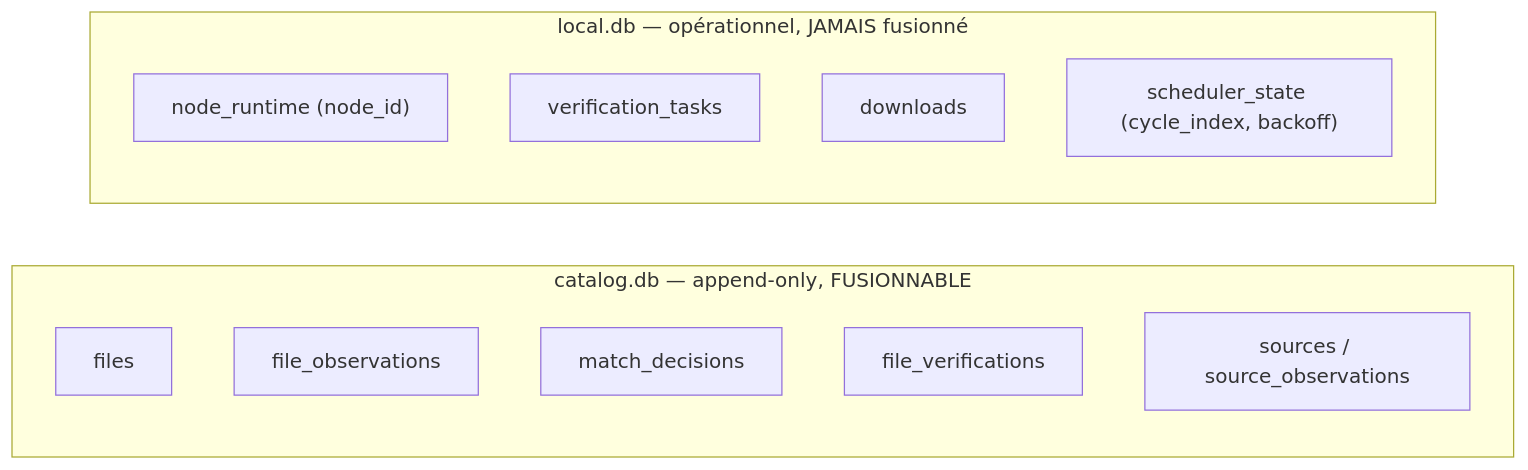
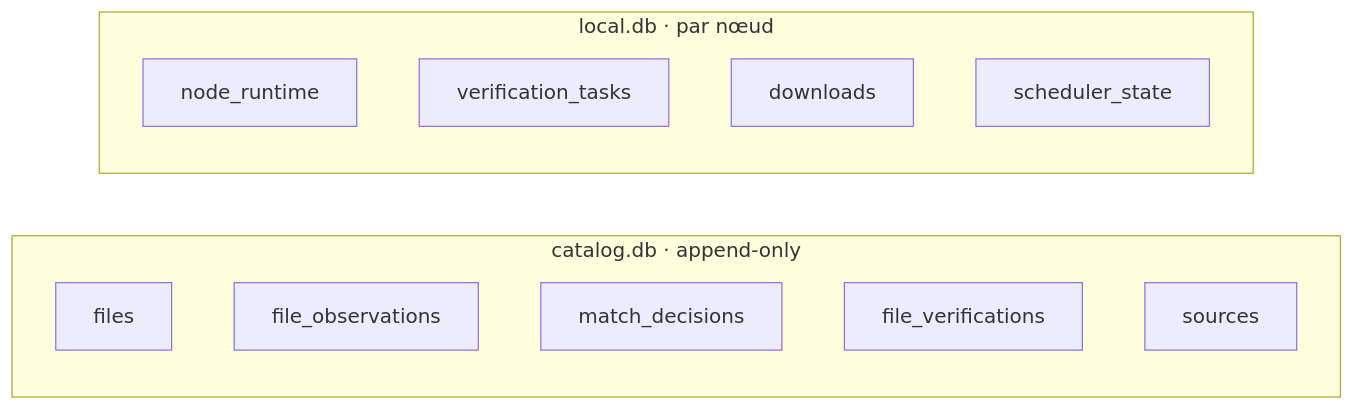
Before and after one commit to GeoffreyCoulaud/mulewatch: the ninth of 10 diagrams in docs/architecture.md, drawn with Mermaid. The commit also changed other lines of this file, not shown here.

First line of the commit message:
docs(architecture): diagrammes — trafic via gluetun, notifs via URL apprise, labels courts

````diff
--- a/docs/architecture.md
+++ b/docs/architecture.md
@@ -274,16 +283,16 @@
 ```mermaid
 flowchart LR
-  subgraph cat["catalog.db — append-only, FUSIONNABLE"]
+  subgraph cat["catalog.db · append-only"]
     f["files"]
     fo["file_observations"]
     md["match_decisions"]
     fv["file_verifications"]
-    src["sources / source_observations"]
+    src["sources"]
   end
-  subgraph loc["local.db — opérationnel, JAMAIS fusionné"]
-    nr["node_runtime (node_id)"]
+  subgraph loc["local.db · par nœud"]
+    nr["node_runtime"]
     vt["verification_tasks"]
     dl["downloads"]
-    ss["scheduler_state (cycle_index, backoff)"]
+    ss["scheduler_state"]
   end
 ```
````
